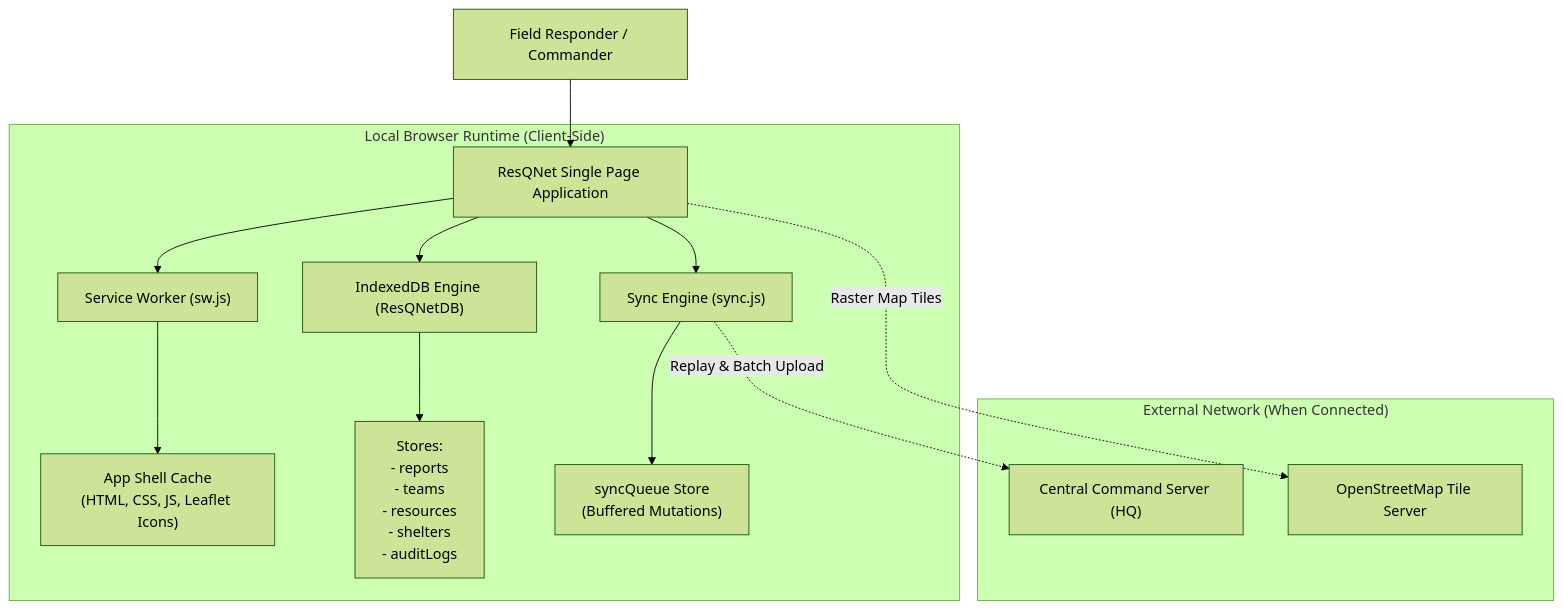
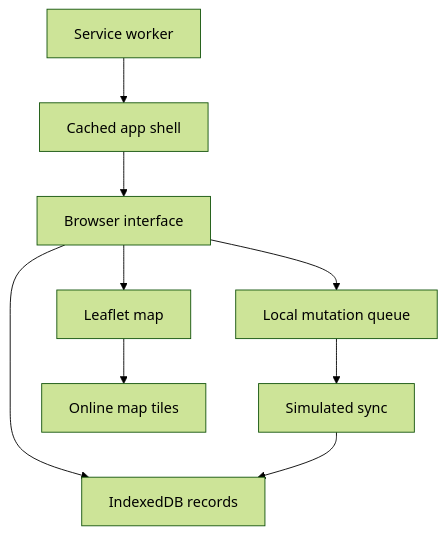
Before and after one commit to tejas764/FSD_LAbs: the diagram in README.md, drawn with Mermaid (forest theme). The commit also changed other lines of this file, not shown here.

````diff
--- a/README.md
+++ b/README.md
@@ -36,20 +60,11 @@
 ```mermaid
 flowchart TD
-    User["Field Responder / Commander"] --> UI["ResQNet Single Page Application"]
-    
-    subgraph "Local Browser Runtime (Client-Side)"
-        UI --> SW["Service Worker (sw.js)"]
-        SW --> Cache["App Shell Cache\n(HTML, CSS, JS, Leaflet Icons)"]
-        
-        UI --> IDB["IndexedDB Engine (ResQNetDB)"]
-        IDB --> Stores["Stores:\n- reports\n- teams\n- resources\n- shelters\n- auditLogs"]
-        
-        UI --> SyncEngine["Sync Engine (sync.js)"]
-        SyncEngine --> QueueStore["syncQueue Store\n(Buffered Mutations)"]
-    end
-    
-    subgraph "External Network (When Connected)"
-        SyncEngine -. Replay & Batch Upload .-> HQ["Central Command Server (HQ)"]
-        UI -. Raster Map Tiles .-> OSM["OpenStreetMap Tile Server"]
-    end
+    UI["Browser interface"] --> DB["IndexedDB records"]
+    UI --> Map["Leaflet map"]
+    UI --> Queue["Local mutation queue"]
+    Queue --> Simulation["Simulated sync"]
+    Simulation --> DB
+    Worker["Service worker"] --> Cache["Cached app shell"]
+    Cache --> UI
+    Map --> Tiles["Online map tiles"]
 ```
````
